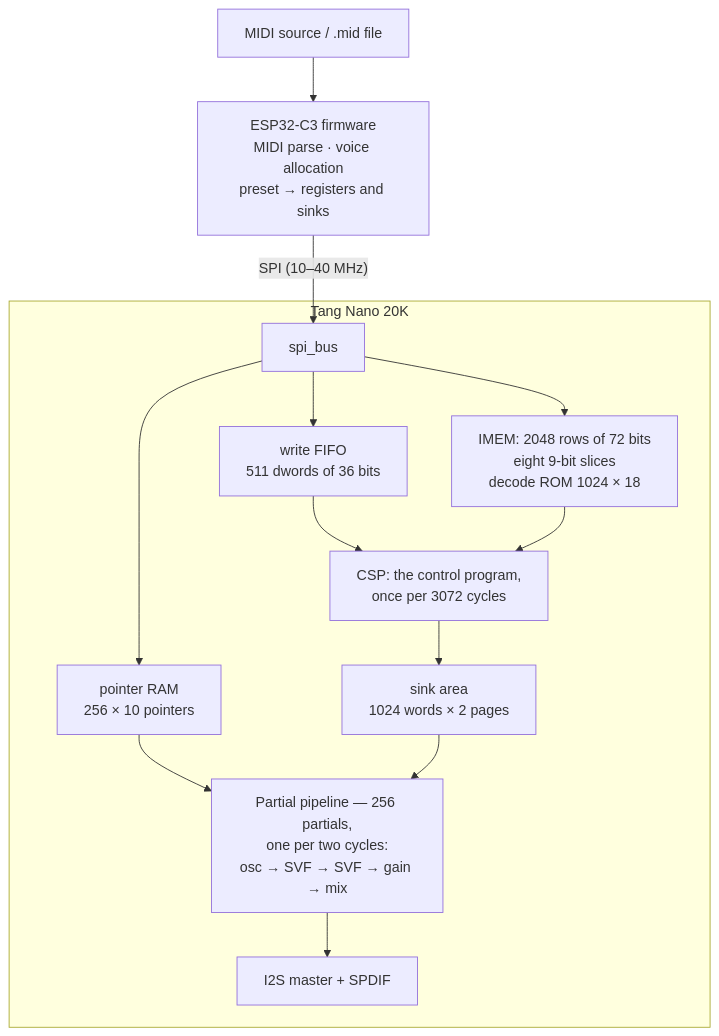
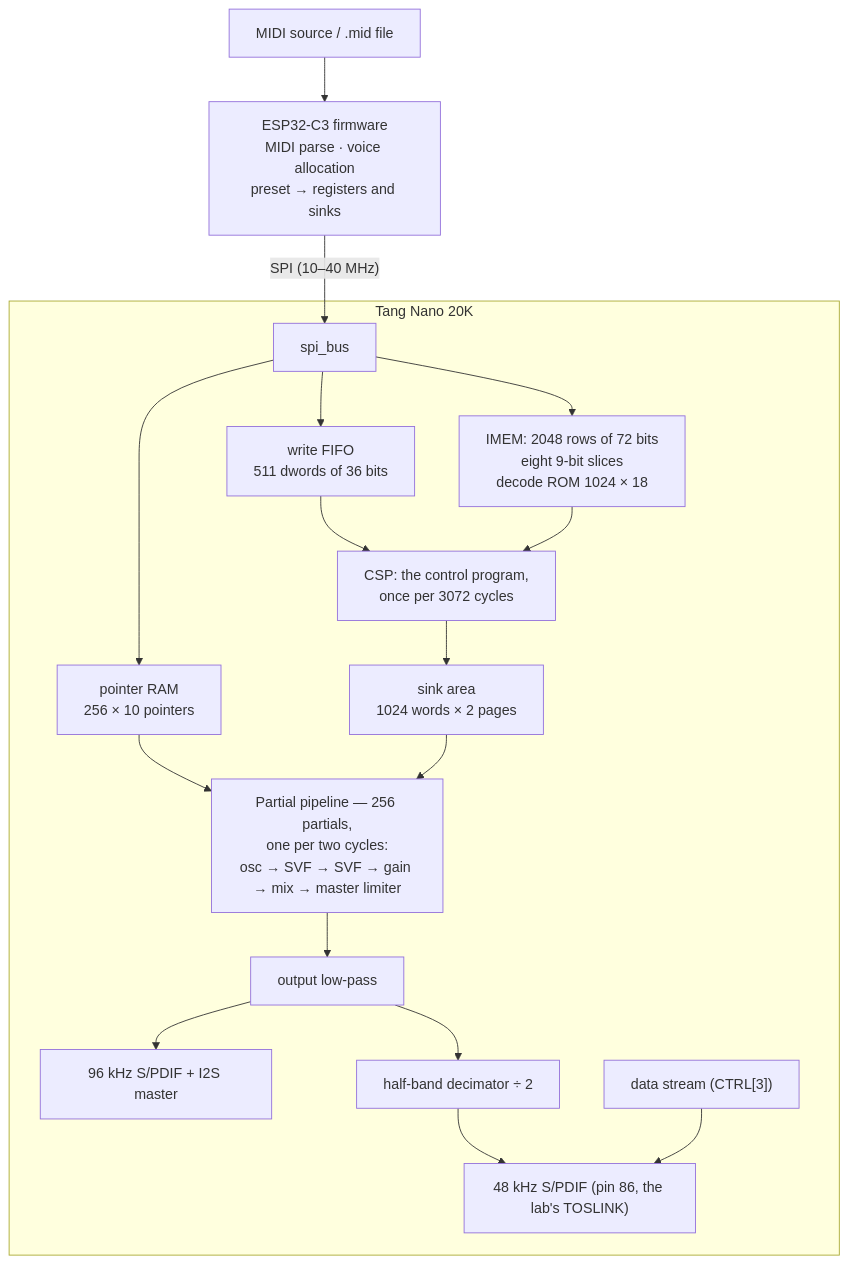
One commit to Thorwegian/noaidi-fpga-synth changed the diagram in docs/memory_map.md. Above: the diagram before and after it, drawn with Mermaid.

Commit message:
memory_map: the block diagram's output side as the chip has it
The mix goes through the master limiter and the output low-pass to the
96 kHz S/PDIF and I2S, and through the half-band decimator to the
48 kHz S/PDIF on pin 86, which carries the data stream when CTRL[3]
is set. The diagram ended at the mix and one output box.

Fixes #414

````diff
--- a/docs/memory_map.md
+++ b/docs/memory_map.md
@@ -40,16 +40,20 @@
 ```mermaid
 flowchart TD
     MIDI["MIDI source / .mid file"] --> ESP["ESP32-C3 firmware<br/>MIDI parse · voice allocation<br/>preset → registers and sinks"]
     ESP -- "SPI (10–40 MHz)" --> BUS["spi_bus"]
     subgraph FG["Tang Nano 20K"]
         BUS --> Q["write FIFO<br/>511 dwords of 36 bits"]
         BUS --> PGM["IMEM: 2048 rows of 72 bits<br/>eight 9-bit slices<br/>decode ROM 1024 × 18"]
         BUS --> PTR["pointer RAM<br/>256 × 10 pointers"]
         Q --> CSP["CSP: the control program,<br/>once per 3072 cycles"]
         PGM --> CSP
         CSP --> SINKS["sink area<br/>1024 words × 2 pages"]
-        PTR --> PIPE["Partial pipeline — 256 partials,<br/>one per two cycles:<br/>osc → SVF → SVF → gain → mix"]
+        PTR --> PIPE["Partial pipeline — 256 partials,<br/>one per two cycles:<br/>osc → SVF → SVF → gain → mix → master limiter"]
         SINKS --> PIPE
-        PIPE --> OUT["I2S master + SPDIF"]
+        PIPE --> LPF["output low-pass"]
+        LPF --> OUT96["96 kHz S/PDIF + I2S master"]
+        LPF --> DEC["half-band decimator ÷ 2"]
+        DEC --> OUT48["48 kHz S/PDIF (pin 86, the lab's TOSLINK)"]
+        STREAM["data stream (CTRL[3])"] --> OUT48
     end
 ```
````
